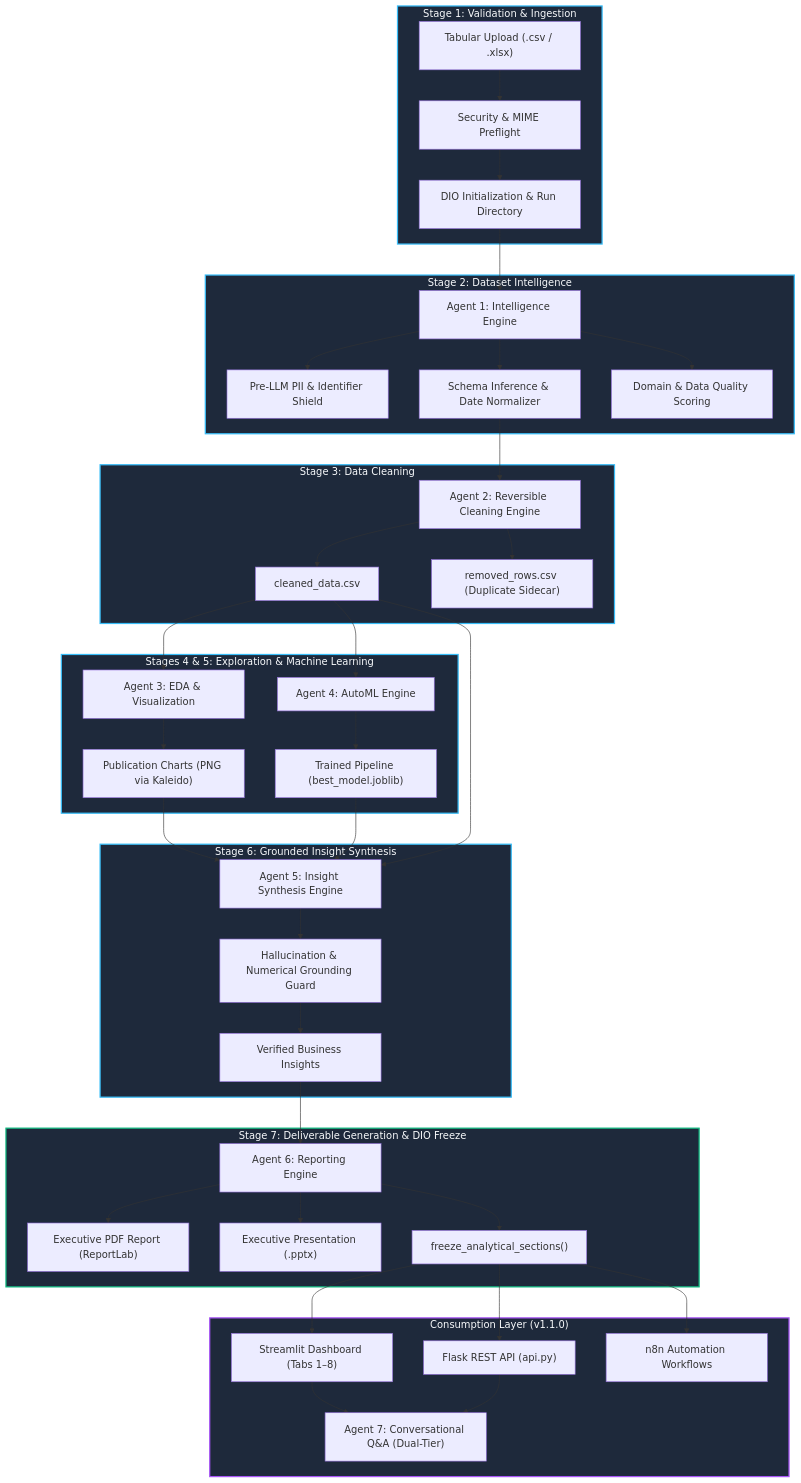
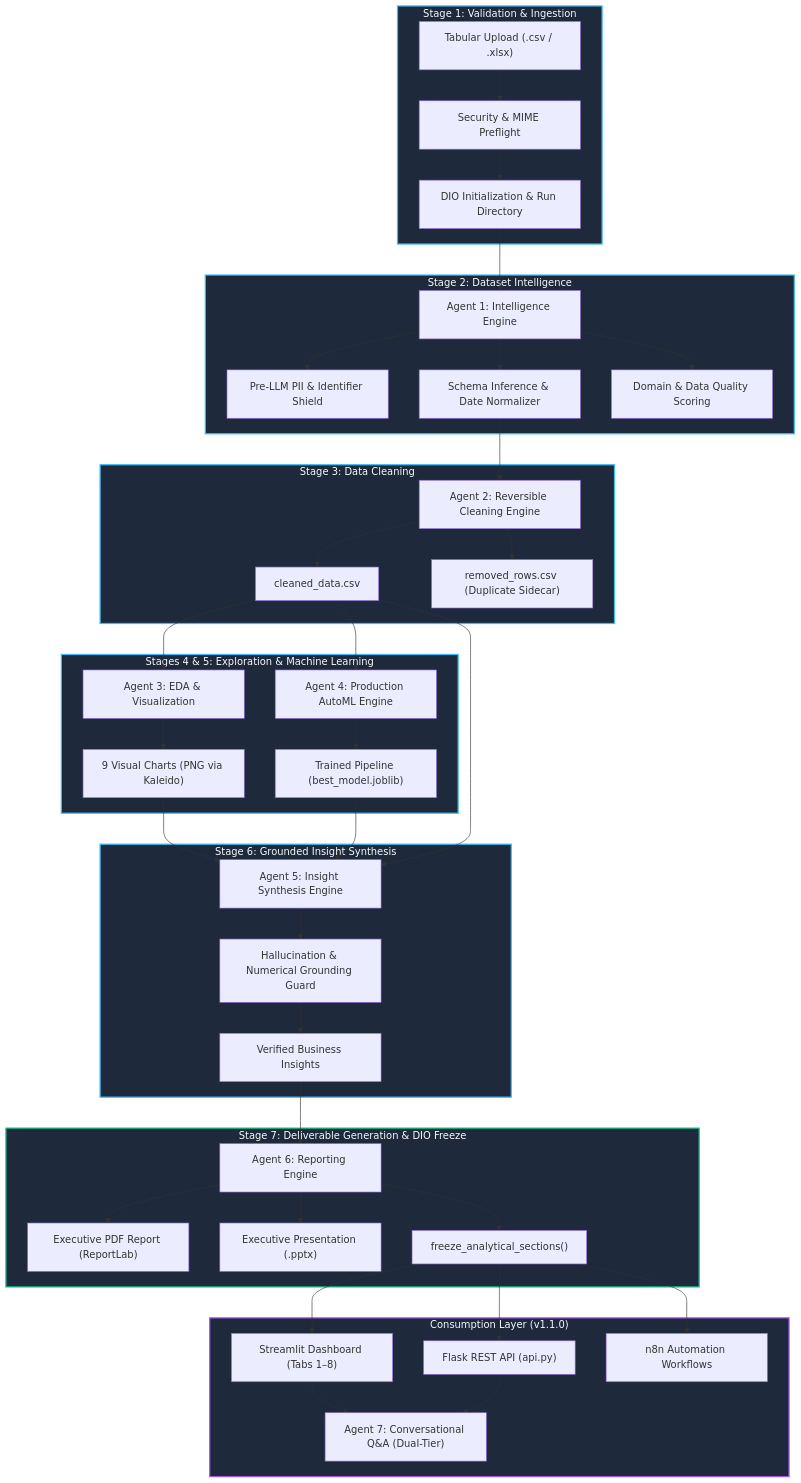
The diagram in README.md (aakash1552005/Autonomous-Data-Analyst), drawn with Mermaid before and after one commit. The commit also changed other lines of this file and 27 other files, not shown here.

Commit message:
feat: pre-deployment UX polish, ML tuning, new visual charts, and professional documentation

````diff
--- a/README.md
+++ b/README.md
@@ -64,55 +84,55 @@
 ```mermaid
 flowchart TD
     subgraph Ingestion ["Stage 1: Validation & Ingestion"]
         Upload["Tabular Upload (.csv / .xlsx)"] --> Val["Security & MIME Preflight"]
         Val --> DIO_Init["DIO Initialization & Run Directory"]
     end
 
     subgraph Intelligence ["Stage 2: Dataset Intelligence"]
         DIO_Init --> Agent1["Agent 1: Intelligence Engine"]
         Agent1 --> PII["Pre-LLM PII & Identifier Shield"]
         Agent1 --> Schema["Schema Inference & Date Normalizer"]
         Agent1 --> Domain["Domain & Data Quality Scoring"]
     end
 
     subgraph Cleaning ["Stage 3: Data Cleaning"]
         Schema --> Agent2["Agent 2: Reversible Cleaning Engine"]
         Agent2 --> CleanCSV["cleaned_data.csv"]
         Agent2 --> Sidecar["removed_rows.csv (Duplicate Sidecar)"]
     end
 
     subgraph Analytics ["Stages 4 & 5: Exploration & Machine Learning"]
         CleanCSV --> Agent3["Agent 3: EDA & Visualization"]
-        Agent3 --> Charts["Publication Charts (PNG via Kaleido)"]
-        CleanCSV --> Agent4["Agent 4: AutoML Engine"]
+        Agent3 --> Charts["9 Visual Charts (PNG via Kaleido)"]
+        CleanCSV --> Agent4["Agent 4: Production AutoML Engine"]
         Agent4 --> Models["Trained Pipeline (best_model.joblib)"]
     end
 
     subgraph Synthesis ["Stage 6: Grounded Insight Synthesis"]
         Charts & Models & CleanCSV --> Agent5["Agent 5: Insight Synthesis Engine"]
         Agent5 --> Guard["Hallucination & Numerical Grounding Guard"]
         Guard --> GroundedInsights["Verified Business Insights"]
     end
 
     subgraph Deliverables ["Stage 7: Deliverable Generation & DIO Freeze"]
         GroundedInsights --> Agent6["Agent 6: Reporting Engine"]
         Agent6 --> PDF["Executive PDF Report (ReportLab)"]
         Agent6 --> PPTX["Executive Presentation (.pptx)"]
         Agent6 --> Freeze["freeze_analytical_sections()"]
     end
 
     subgraph Interaction ["Consumption Layer (v1.1.0)"]
         Freeze --> UI["Streamlit Dashboard (Tabs 1–8)"]
         Freeze --> API["Flask REST API (api.py)"]
         Freeze --> N8N["n8n Automation Workflows"]
         UI & API --> Agent7["Agent 7: Conversational Q&A (Dual-Tier)"]
     end
 
     style Ingestion fill:#1e293b,stroke:#38bdf8,stroke-width:2px,color:#f8fafc
     style Intelligence fill:#1e293b,stroke:#38bdf8,stroke-width:2px,color:#f8fafc
     style Cleaning fill:#1e293b,stroke:#38bdf8,stroke-width:2px,color:#f8fafc
     style Analytics fill:#1e293b,stroke:#38bdf8,stroke-width:2px,color:#f8fafc
     style Synthesis fill:#1e293b,stroke:#38bdf8,stroke-width:2px,color:#f8fafc
     style Deliverables fill:#1e293b,stroke:#10b981,stroke-width:2px,color:#f8fafc
     style Interaction fill:#1e293b,stroke:#a855f7,stroke-width:2px,color:#f8fafc
 ```
````
